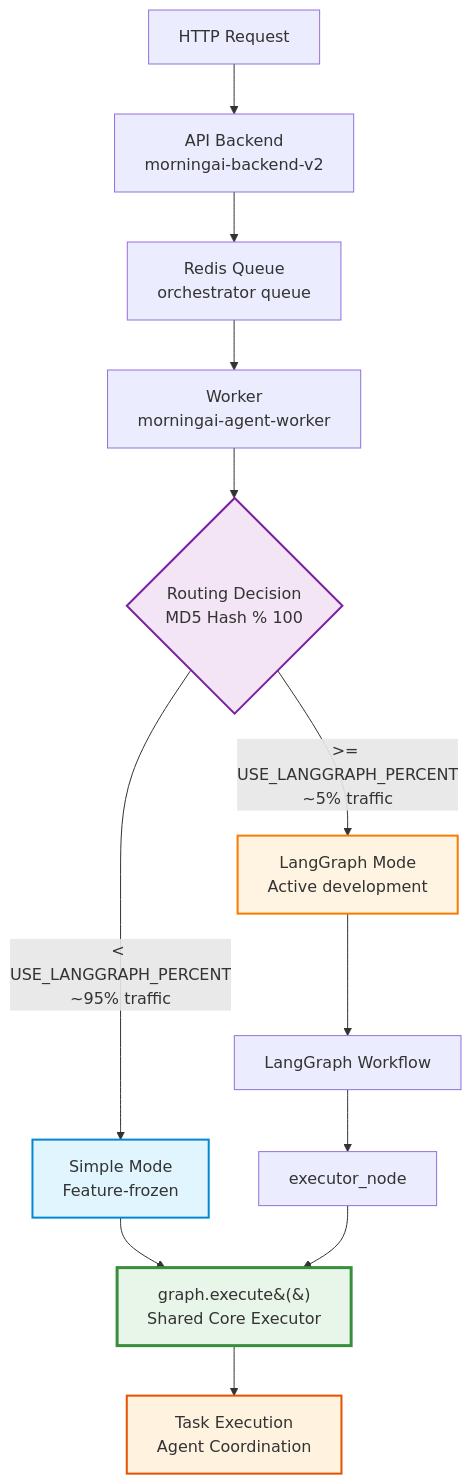
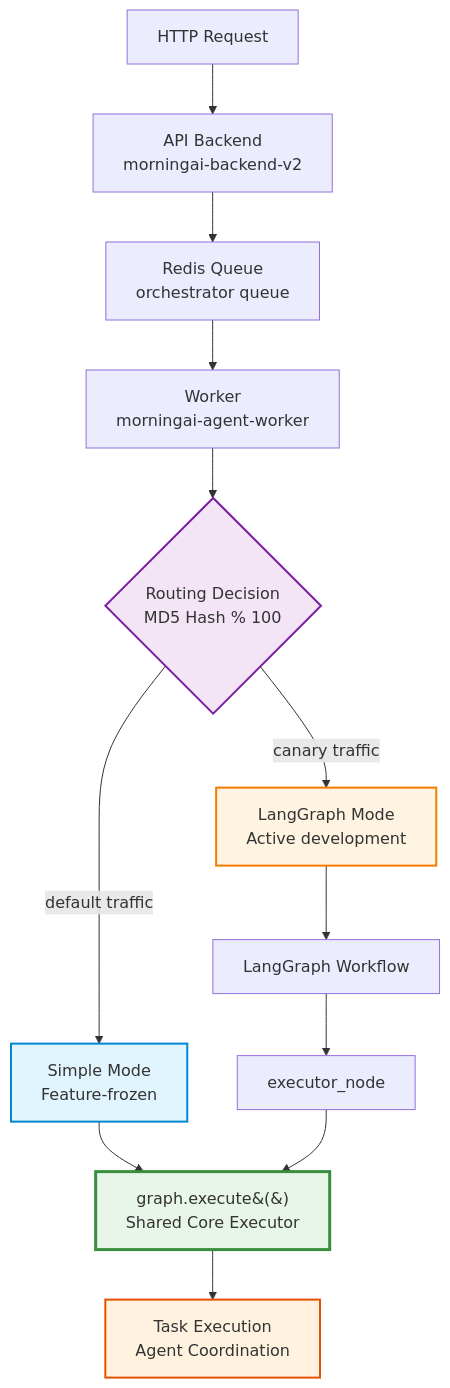
One commit to RC918/morningai changed the first of 2 diagrams in docs/adr/004-shared-core-executor-pattern.md. Above: the diagram before and after it, drawn with Mermaid. The commit also changed other lines of this file and 14 other files, not shown here.

````diff
--- a/docs/adr/004-shared-core-executor-pattern.md
+++ b/docs/adr/004-shared-core-executor-pattern.md
@@ -90,20 +90,20 @@
 ```mermaid
 graph TB
     A[HTTP Request] --> B[API Backend<br/>morningai-backend-v2]
     B --> C[Redis Queue<br/>orchestrator queue]
     C --> D[Worker<br/>morningai-agent-worker]
     D --> E{Routing Decision<br/>MD5 Hash % 100}
-    E -->|"< USE_LANGGRAPH_PERCENT<br/>~95% traffic"| F[Simple Mode<br/>Feature-frozen]
-    E -->|">= USE_LANGGRAPH_PERCENT<br/>~5% traffic"| G[LangGraph Mode<br/>Active development]
+    E -->|"default traffic"| F[Simple Mode<br/>Feature-frozen]
+    E -->|"canary traffic"| G[LangGraph Mode<br/>Active development]
     F --> H[graph.execute&#40;&#41;<br/>Shared Core Executor]
     G --> I[LangGraph Workflow]
     I --> J[executor_node]
     J --> H
     H --> K[Task Execution<br/>Agent Coordination]
     
     style F fill:#e1f5ff,stroke:#0288d1,stroke-width:2px
     style G fill:#fff4e1,stroke:#f57c00,stroke-width:2px
     style H fill:#e8f5e9,stroke:#388e3c,stroke-width:3px
     style E fill:#f3e5f5,stroke:#7b1fa2,stroke-width:2px
     style K fill:#fff3e0,stroke:#e65100,stroke-width:2px
 ```
````
